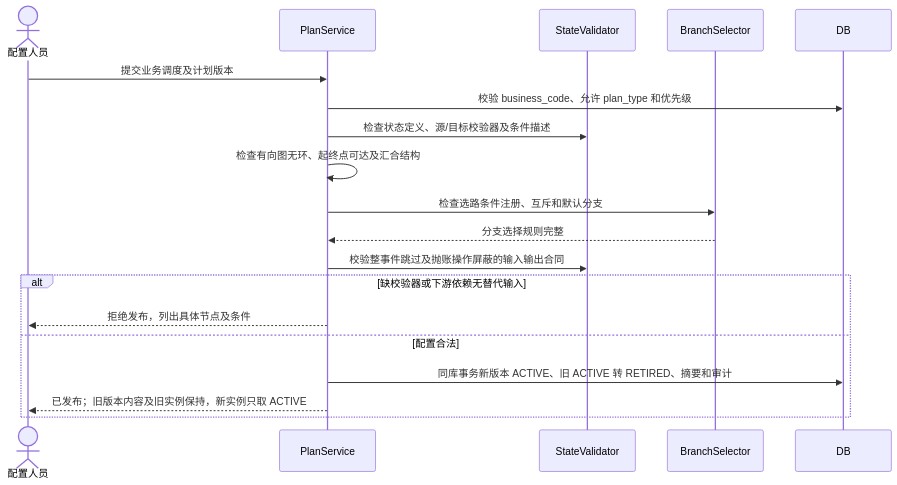
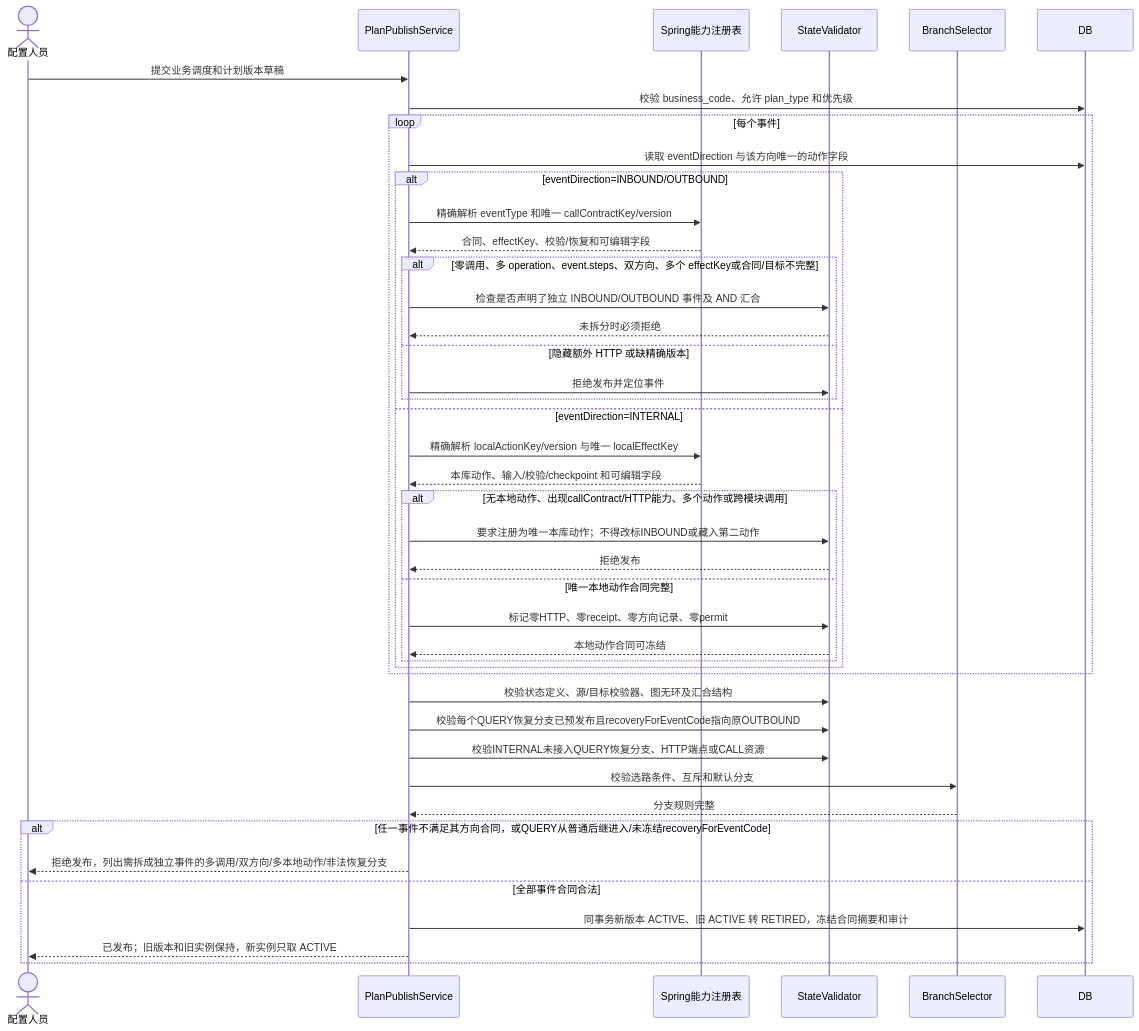
One commit to Yohmien/innolux-iws changed the second of 36 diagrams in docs/plan-event-state-machine-sequences.md. Above: the diagram before and after it, drawn with Mermaid. The commit also changed other lines of this file and 3 other files, not shown here.

Commit message:
docs(plan-event): 更新状态机设计与实施计划

````diff
--- a/docs/plan-event-state-machine-sequences.md
+++ b/docs/plan-event-state-machine-sequences.md
@@ -47,21 +90,45 @@
 ```mermaid
 sequenceDiagram
   actor U as 配置人员
-  participant P as PlanService
+  participant P as PlanPublishService
+  participant R as Spring能力注册表
   participant V as StateValidator
   participant B as BranchSelector
   participant D as DB
-  U->>P: 提交业务调度及计划版本
+  U->>P: 提交业务调度和计划版本草稿
   P->>D: 校验 business_code、允许 plan_type 和优先级
-  P->>V: 检查状态定义、源/目标校验器及条件描述
-  P->>P: 检查有向图无环、起终点可达及汇合结构
-  P->>B: 检查选路条件注册、互斥和默认分支
-  B-->>P: 分支选择规则完整
-  P->>V: 校验整事件跳过及抛账操作屏蔽的输入输出合同
-  alt 缺校验器或下游依赖无替代输入
-    P-->>U: 拒绝发布，列出具体节点及条件
-  else 配置合法
-    P->>D: 同库事务新版本 ACTIVE、旧 ACTIVE 转 RETIRED、摘要和审计
-    P-->>U: 已发布；旧版本内容及旧实例保持，新实例只取 ACTIVE
+  loop 每个事件
+    P->>D: 读取 eventDirection 与该方向唯一的动作字段
+    alt eventDirection=INBOUND/OUTBOUND
+      P->>R: 精确解析 eventType 和唯一 callContractKey/version
+      R-->>P: 合同、effectKey、校验/恢复和可编辑字段
+      alt 零调用、多 operation、event.steps、双方向、多个 effectKey或合同/目标不完整
+        P->>V: 检查是否声明了独立 INBOUND/OUTBOUND 事件及 AND 汇合
+        V-->>P: 未拆分时必须拒绝
+      else 隐藏额外 HTTP 或缺精确版本
+        P->>V: 拒绝发布并定位事件
+      end
+    else eventDirection=INTERNAL
+      P->>R: 精确解析 localActionKey/version 与唯一 localEffectKey
+      R-->>P: 本库动作、输入/校验/checkpoint 和可编辑字段
+      alt 无本地动作、出现callContract/HTTP能力、多个动作或跨模块调用
+        P->>V: 要求注册为唯一本库动作；不得改标INBOUND或藏入第二动作
+        V-->>P: 拒绝发布
+      else 唯一本地动作合同完整
+        P->>V: 标记零HTTP、零receipt、零方向记录、零permit
+        V-->>P: 本地动作合同可冻结
+      end
+    end
+  end
+  P->>V: 校验状态定义、源/目标校验器、图无环及汇合结构
+  P->>V: 校验每个QUERY恢复分支已预发布且recoveryForEventCode指向原OUTBOUND
+  P->>V: 校验INTERNAL未接入QUERY恢复分支、HTTP端点或CALL资源
+  P->>B: 校验选路条件、互斥和默认分支
+  B-->>P: 分支规则完整
+  alt 任一事件不满足其方向合同，或QUERY从普通后继进入/未冻结recoveryForEventCode
+    P-->>U: 拒绝发布，列出需拆成独立事件的多调用/双方向/多本地动作/非法恢复分支
+  else 全部事件合同合法
+    P->>D: 同事务新版本 ACTIVE、旧 ACTIVE 转 RETIRED，冻结合同摘要和审计
+    P-->>U: 已发布；旧版本和旧实例保持，新实例只取 ACTIVE
   end
 ```
````
